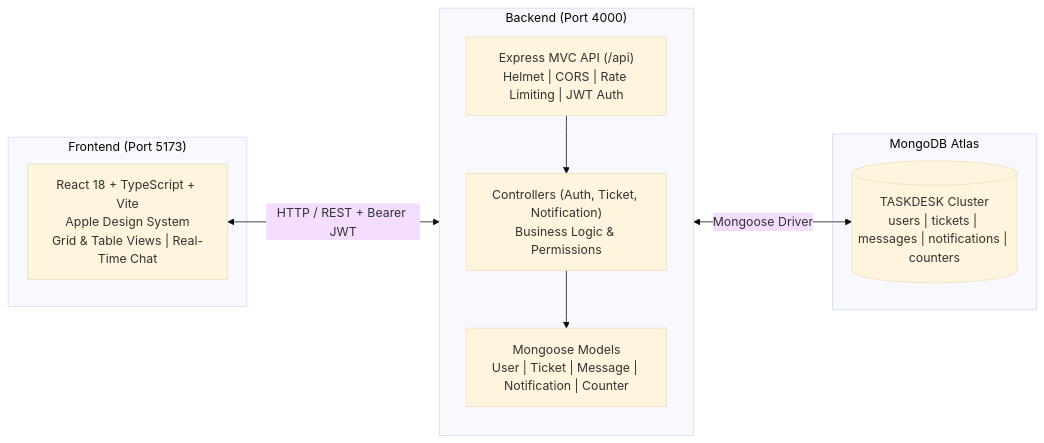
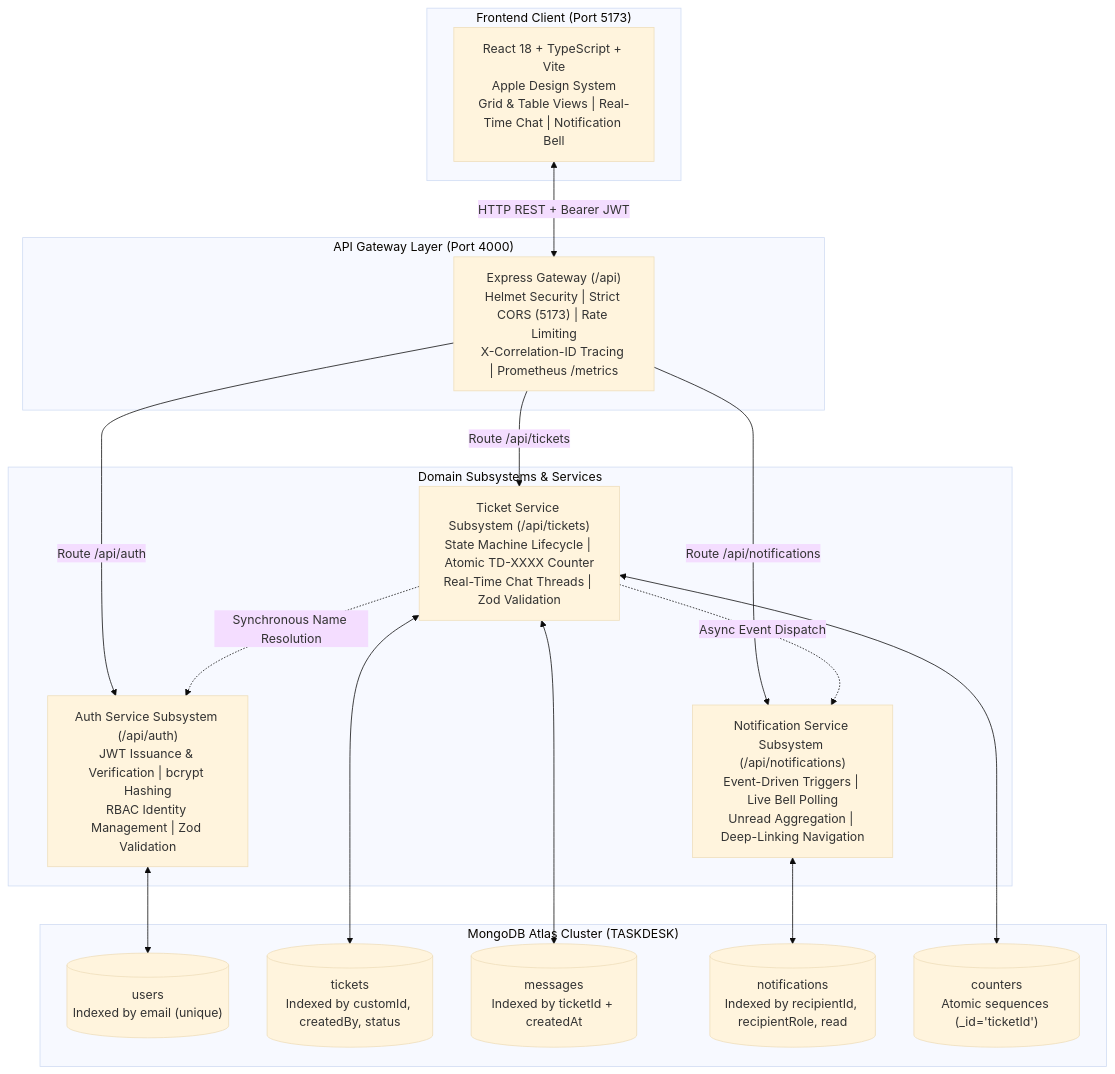
Before and after one commit to Shyam-creater/TaskDesk-Microservice-Ticket-Tracker: the first of 2 diagrams in README.md, drawn with Mermaid (base theme). The commit also changed other lines of this file and 10 other files, not shown here.

Commit message:
feat: add observability tracing, prometheus metrics, zod validation, automated tests, and updated documentation

````diff
--- a/README.md
+++ b/README.md
@@ -11,21 +11,38 @@
 ```mermaid
-flowchart LR
-    subgraph Client ["Frontend (Port 5173)"]
-        UI["React 18 + TypeScript + Vite\nApple Design System\nGrid & Table Views | Real-Time Chat"]
+flowchart TD
+    subgraph Client ["Frontend Client (Port 5173)"]
+        UI["React 18 + TypeScript + Vite\nApple Design System\nGrid & Table Views | Real-Time Chat | Notification Bell"]
     end
 
-    subgraph Server ["Backend (Port 4000)"]
-        direction TB
-        APP["Express MVC API (/api)\nHelmet | CORS | Rate Limiting | JWT Auth"]
-        CTRL["Controllers (Auth, Ticket, Notification)\nBusiness Logic & Permissions"]
-        MODELS["Mongoose Models\nUser | Ticket | Message | Notification | Counter"]
-        APP --> CTRL --> MODELS
+    subgraph Gateway ["API Gateway Layer (Port 4000)"]
+        GW["Express Gateway (/api)\nHelmet Security | Strict CORS (5173) | Rate Limiting\nX-Correlation-ID Tracing | Prometheus /metrics"]
     end
 
-    subgraph Database ["MongoDB Atlas"]
-        ATLAS[("TASKDESK Cluster\nusers | tickets | messages | notifications | counters")]
+    subgraph Microservices ["Domain Subsystems & Services"]
+        AUTH_SVC["Auth Service Subsystem (/api/auth)\nJWT Issuance & Verification | bcrypt Hashing\nRBAC Identity Management | Zod Validation"]
+        TICKET_SVC["Ticket Service Subsystem (/api/tickets)\nState Machine Lifecycle | Atomic TD-XXXX Counter\nReal-Time Chat Threads | Zod Validation"]
+        NOTIF_SVC["Notification Service Subsystem (/api/notifications)\nEvent-Driven Triggers | Live Bell Polling\nUnread Aggregation | Deep-Linking Navigation"]
     end
 
-    UI <-->|HTTP / REST + Bearer JWT| APP
-    MODELS <-->|Mongoose Driver| ATLAS
+    subgraph Database ["MongoDB Atlas Cluster (TASKDESK)"]
+        DB_USERS[("users\nIndexed by email (unique)")]
+        DB_TICKETS[("tickets\nIndexed by customId, createdBy, status")]
+        DB_MESSAGES[("messages\nIndexed by ticketId + createdAt")]
+        DB_NOTIFS[("notifications\nIndexed by recipientId, recipientRole, read")]
+        DB_COUNTERS[("counters\nAtomic sequences (_id='ticketId')")]
+    end
+
+    UI <-->|HTTP REST + Bearer JWT| GW
+    GW -->|Route /api/auth| AUTH_SVC
+    GW -->|Route /api/tickets| TICKET_SVC
+    GW -->|Route /api/notifications| NOTIF_SVC
+
+    AUTH_SVC <--> DB_USERS
+    TICKET_SVC <--> DB_TICKETS
+    TICKET_SVC <--> DB_MESSAGES
+    TICKET_SVC <--> DB_COUNTERS
+    NOTIF_SVC <--> DB_NOTIFS
+
+    TICKET_SVC -.->|Async Event Dispatch| NOTIF_SVC
+    TICKET_SVC -.->|Synchronous Name Resolution| AUTH_SVC
 ```
````
